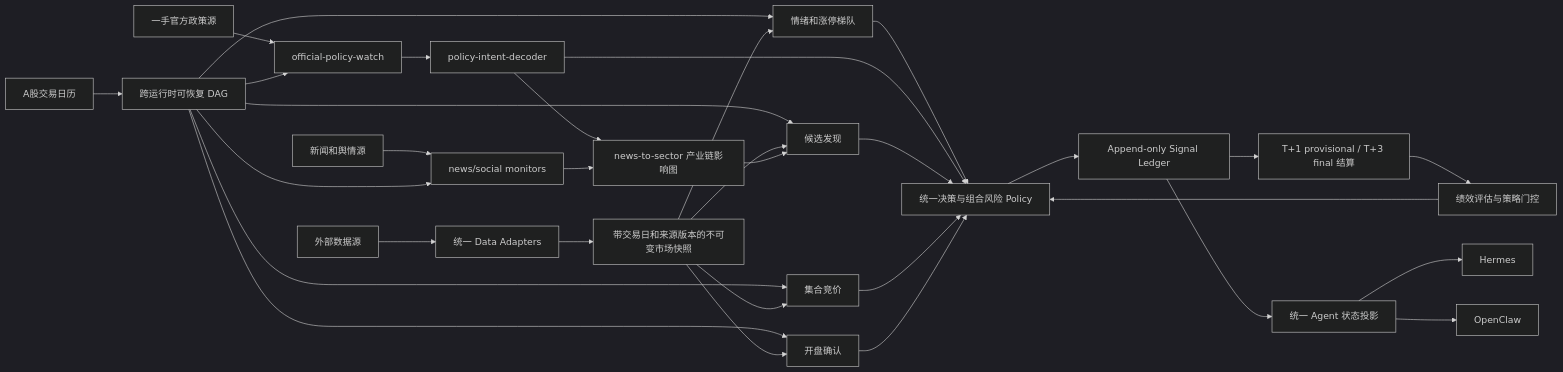
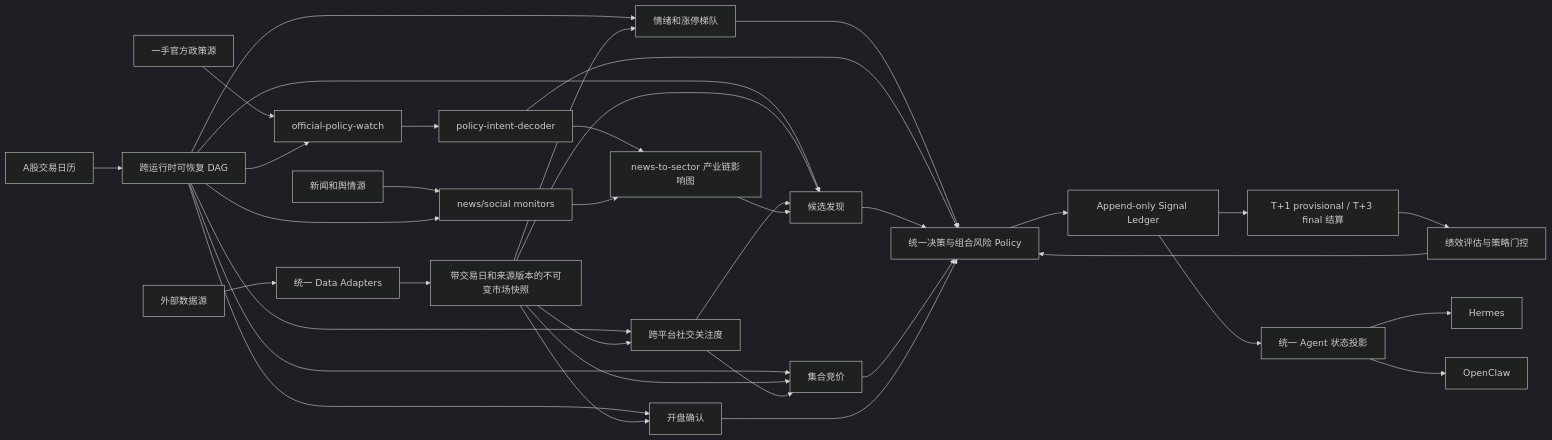
One commit to Eleven1111/a-stock-agent-system changed the diagram in README.zh-CN.md. Above: the diagram before and after it, drawn with Mermaid (dark theme). The commit also changed other lines of this file and 1 other file, not shown here.

````diff
--- a/README.zh-CN.md
+++ b/README.zh-CN.md
@@ -19,34 +22,38 @@
 ```mermaid
 flowchart LR
     S["外部数据源"] --> A["统一 Data Adapters"]
     PS["一手官方政策源"] --> PW["official-policy-watch"]
     PW --> PI["policy-intent-decoder"]
     NS["新闻和舆情源"] --> NW["news/social monitors"]
     A --> M["带交易日和来源版本的不可变市场快照"]
     C["A股交易日历"] --> O["跨运行时可恢复 DAG"]
     O --> HM["情绪和涨停梯队"]
+    O --> SA["跨平台社交关注度"]
     O --> CD["候选发现"]
     O --> AU["集合竞价"]
     O --> OC["开盘确认"]
     O --> PW
     O --> NW
     M --> HM
+    M --> SA
     M --> CD
     M --> AU
     M --> OC
     PI --> NTS["news-to-sector 产业链影响图"]
     NW --> NTS
     HM --> P["统一决策与组合风险 Policy"]
+    SA --> CD
+    SA --> AU
     NTS --> CD
     PI --> P
     CD --> P
     AU --> P
     OC --> P
     P --> L["Append-only Signal Ledger"]
     L --> ST["T+1 provisional / T+3 final 结算"]
     ST --> E["绩效评估与策略门控"]
     E --> P
     L --> X["统一 Agent 状态投影"]
     X --> H["Hermes"]
     X --> W["OpenClaw"]
 ```
````
